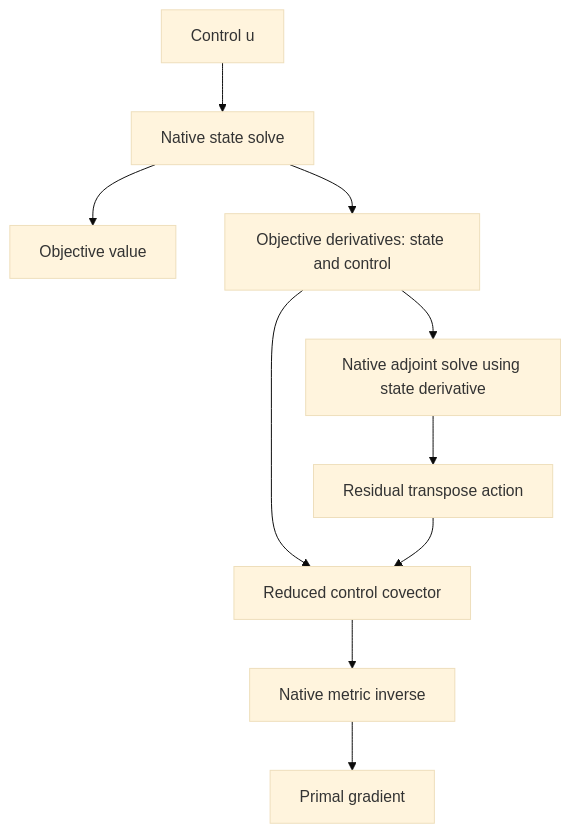
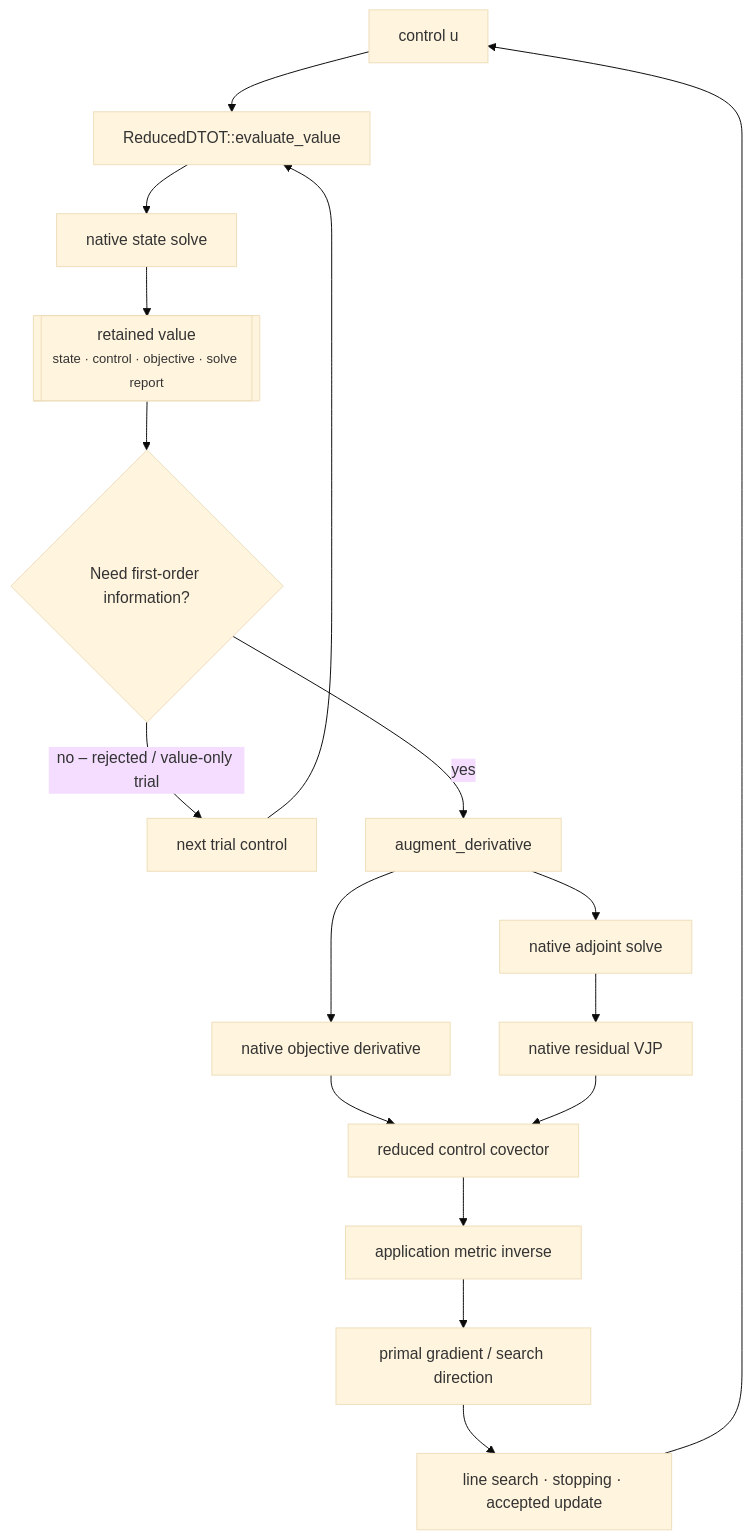
Before and after one commit to HunterNise/nmopt-project: the third of 3 diagrams in apps/external-dealii/step-4/external-integration-overview.md, drawn with Mermaid (base theme). The commit also changed other lines of this file and 4 other files, not shown here.

````diff
--- a/apps/external-dealii/step-4/external-integration-overview.md
+++ b/apps/external-dealii/step-4/external-integration-overview.md
@@ -211,12 +242,21 @@
 ```mermaid
-flowchart TD
-  U["Control u"] --> S["Native state solve"]
-  S --> J["Objective value"]
-  S --> D["Objective derivatives: state and control"]
-  D --> A["Native adjoint solve using state derivative"]
-  A --> V["Residual transpose action"]
-  D --> R["Reduced control covector"]
-  V --> R
-  R --> M["Native metric inverse"]
-  M --> G["Primal gradient"]
+flowchart TB
+  U["control u"] --> V["ReducedDTOT::evaluate_value"]
+  V --> S["native state solve"]
+  S --> RV[["retained value<br/><small>state · control · objective · solve report</small>"]]
+
+  RV --> Trial{"Need first-order information?"}
+  Trial -->|no – rejected / value-only trial| Next["next trial control"]
+  Next --> V
+
+  Trial -->|yes| D["augment_derivative"]
+  D --> JD["native objective derivative"]
+  D --> A["native adjoint solve"]
+  A --> VJP["native residual VJP"]
+  JD --> R["reduced control covector"]
+  VJP --> R
+  R --> M["application metric inverse"]
+  M --> G["primal gradient / search direction"]
+  G --> L["line search · stopping · accepted update"]
+  L --> U
 ```
````
